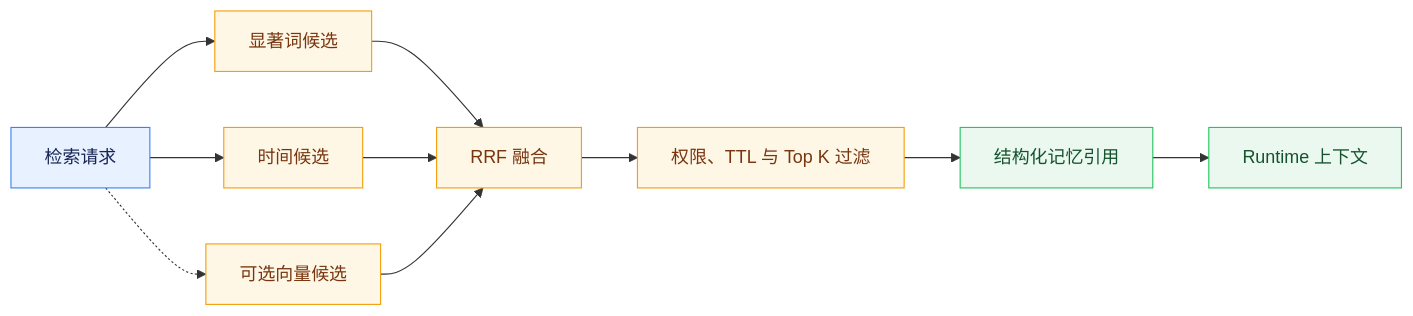
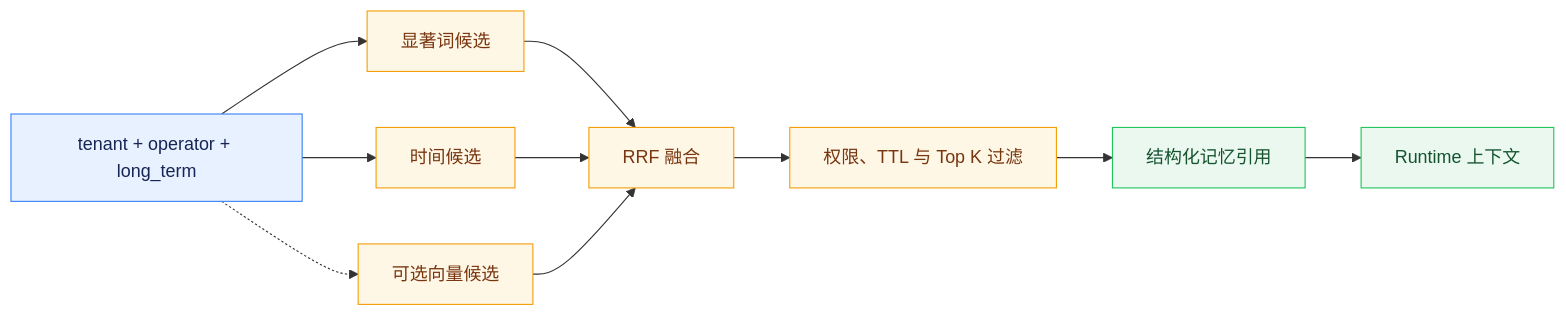
Before and after one commit to Logistic98/job-buddy: the diagram in agent-doc/运行时能力/记忆管理与混合检索.md, drawn with Mermaid. The commit also changed other lines of this file and 20 other files, not shown here.

````diff
--- a/agent-doc/运行时能力/记忆管理与混合检索.md
+++ b/agent-doc/运行时能力/记忆管理与混合检索.md
@@ -13,19 +19,19 @@
 ```mermaid
 graph LR
-    Q[检索请求] --> C1[显著词候选]
+    Q["tenant + operator + long_term"] --> C1[显著词候选]
     Q --> C2[时间候选]
     Q -.-> C3[可选向量候选]
     C1 --> R[RRF 融合]
     C2 --> R
     C3 --> R
     R --> F["权限、TTL 与 Top K 过滤"]
     F --> X[结构化记忆引用]
     X --> CTX[Runtime 上下文]
 
     classDef input fill:#E8F1FF,stroke:#3B82F6,color:#172554;
     classDef process fill:#FFF7E6,stroke:#F59E0B,color:#78350F;
     classDef output fill:#EAF8F0,stroke:#22C55E,color:#14532D;
     class Q input;
     class C1,C2,C3,R,F process;
     class X,CTX output;
 ```
````
